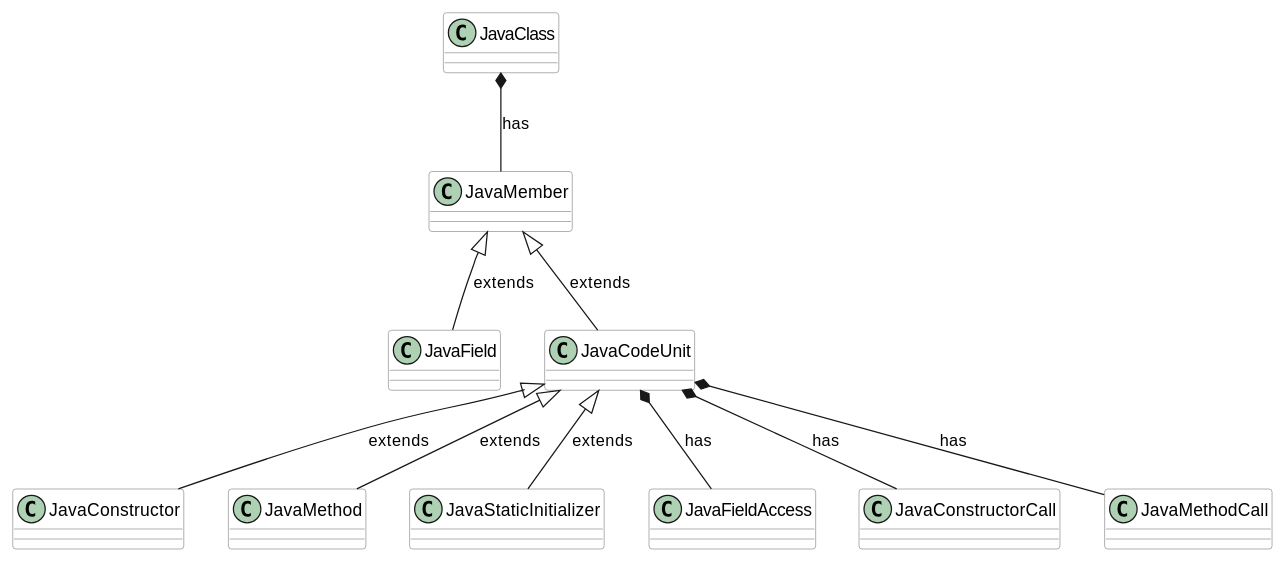
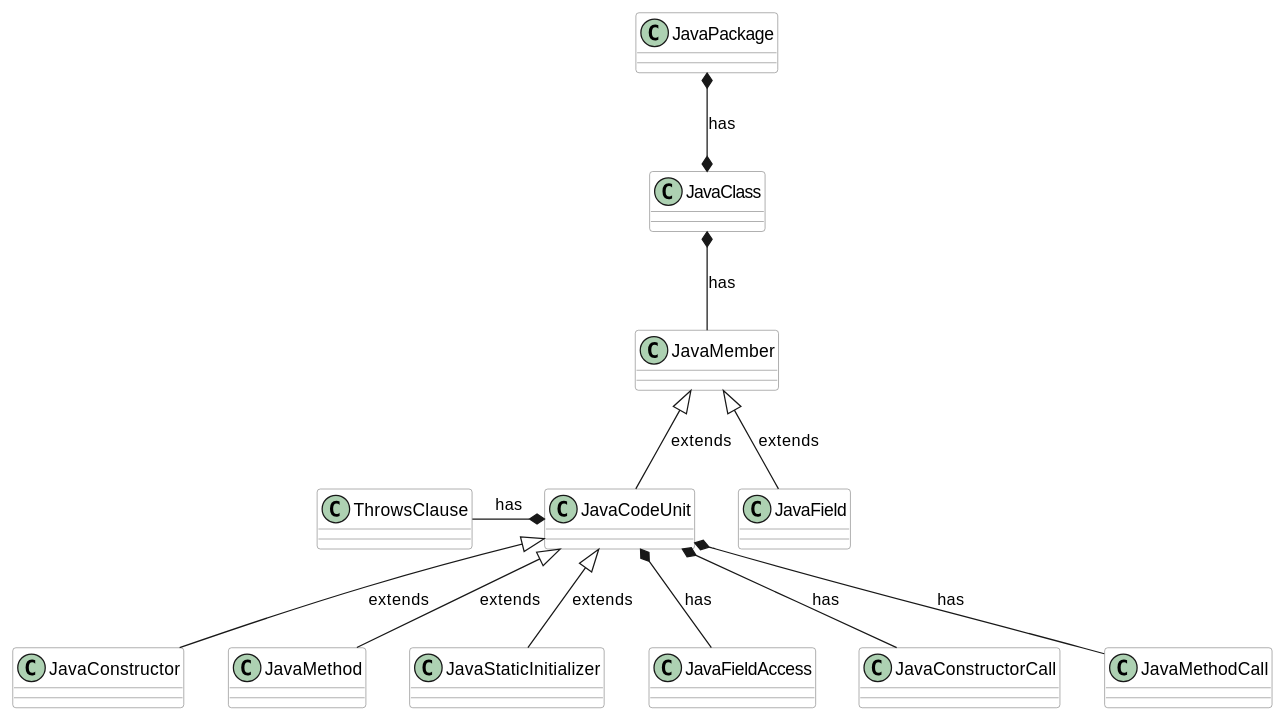
One commit to TNG/ArchUnit changed the first of 4 diagrams in userguide/006_The_Core_API.adoc. Above: the diagram before and after it, drawn with PlantUML. The commit also changed other lines of this file and 28 other files, not shown here.

```diff
--- a/userguide/006_The_Core_API.adoc
+++ b/userguide/006_The_Core_API.adoc
@@ -87,37 +90,41 @@
 [plantuml, "domain-overview"]
 ----
 skinparam componentStyle uml2
 
 skinparam component {
   BorderColor #grey
   BackgroundColor #white
 }
 
 skinparam class {
   BorderColor #grey
   BackgroundColor #white
 }
 
+class JavaPackage
 class JavaClass
 class JavaMember
 class JavaField
 class JavaCodeUnit
+class ThrowsClause
 class JavaConstructor
 class JavaMethod
 class JavaStaticInitializer
 
 class JavaFieldAccess
 class JavaConstructorCall
 class JavaMethodCall
 
+JavaPackage *--* JavaClass : has
 JavaClass *-- JavaMember : has
 JavaMember <|-- JavaField : extends
 JavaMember <|-- JavaCodeUnit : extends
+JavaCodeUnit *-left- ThrowsClause : has
 JavaCodeUnit <|-- JavaConstructor : extends
 JavaCodeUnit <|-- JavaMethod : extends
 JavaCodeUnit <|-- JavaStaticInitializer : extends
 
 JavaCodeUnit *-- JavaFieldAccess : has
 JavaCodeUnit *-- JavaMethodCall : has
 JavaCodeUnit *-- JavaConstructorCall : has
 ----
```
